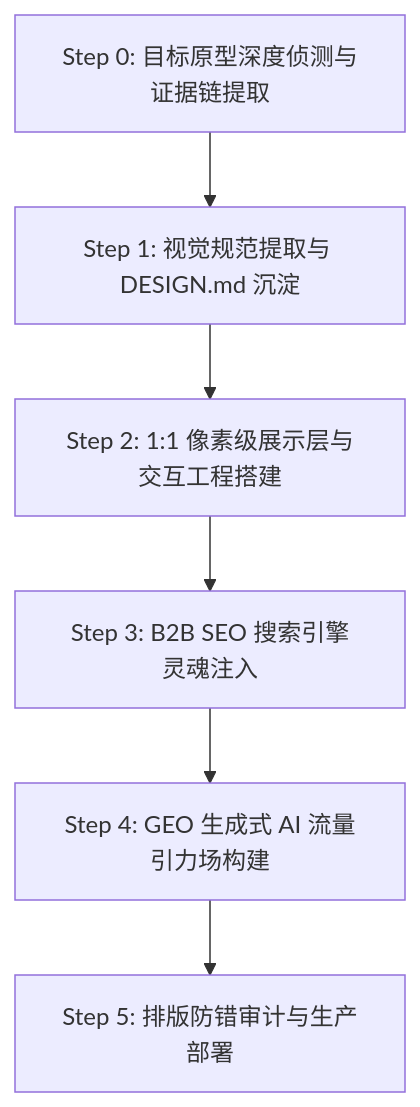
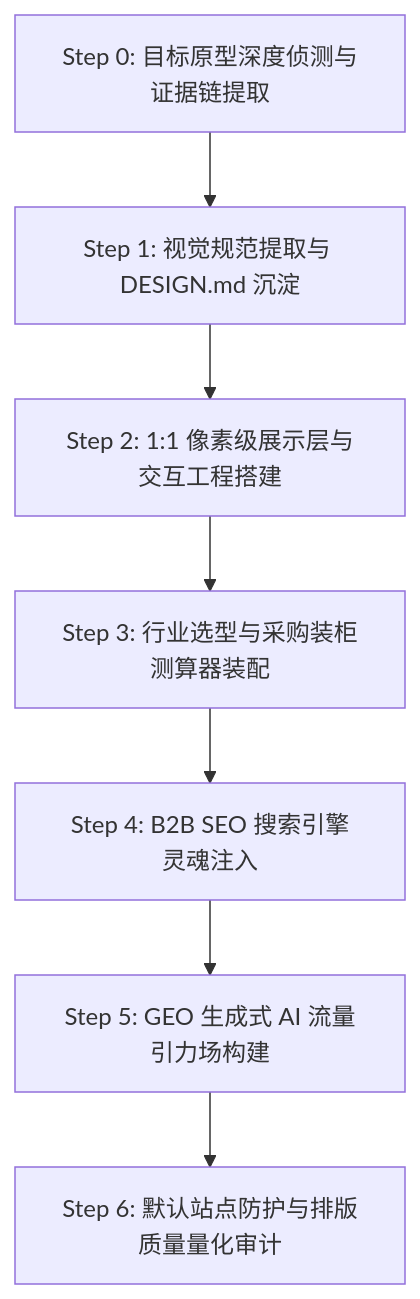
One commit to cnproduct/renwork-web-create-skill changed the diagram in SKILL.md. Above: the diagram before and after it, drawn with Mermaid. The commit also changed other lines of this file and 13 other files, not shown here.

````diff
--- a/SKILL.md
+++ b/SKILL.md
@@ -48,8 +54,9 @@
 ```mermaid
 flowchart TD
     S0[Step 0: 目标原型深度侦测与证据链提取] --> S1[Step 1: 视觉规范提取与 DESIGN.md 沉淀]
     S1 --> S2[Step 2: 1:1 像素级展示层与交互工程搭建]
-    S2 --> S3[Step 3: B2B SEO 搜索引擎灵魂注入]
-    S3 --> S4[Step 4: GEO 生成式 AI 流量引力场构建]
-    S4 --> S5[Step 5: 排版防错审计与生产部署]
+    S2 --> S3[Step 3: 行业选型与采购装柜测算器装配]
+    S3 --> S4[Step 4: B2B SEO 搜索引擎灵魂注入]
+    S4 --> S5[Step 5: GEO 生成式 AI 流量引力场构建]
+    S5 --> S6[Step 6: 默认站点防护与排版质量量化审计]
 ```
````
